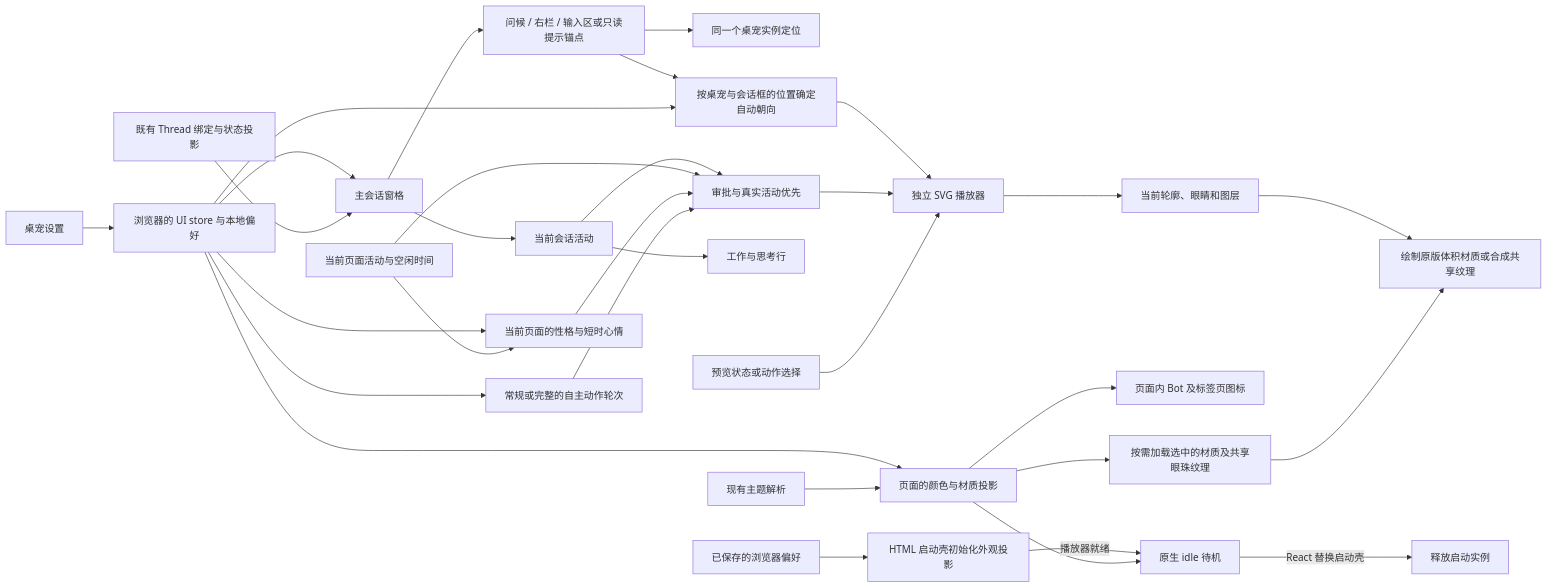
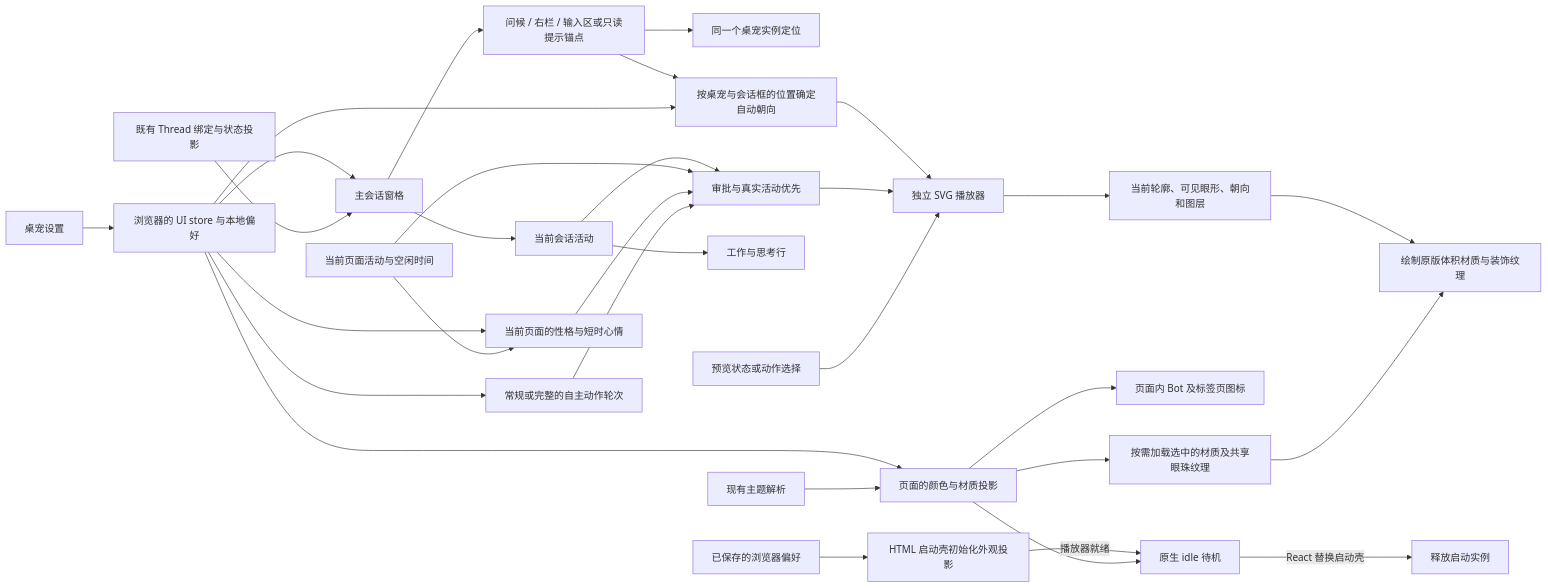
The diagram in specs/selfhost-codex/brand-and-conversation-pet.md (LiangLiang723/codex-web), drawn with Mermaid before and after one commit. The commit also changed other lines of this file and 9 other files, not shown here.

````diff
--- a/specs/selfhost-codex/brand-and-conversation-pet.md
+++ b/specs/selfhost-codex/brand-and-conversation-pet.md
@@ -33,33 +33,33 @@
 ```mermaid
 flowchart LR
   Settings[桌宠设置] --> Preference[浏览器的 UI store 与本地偏好]
   Preference --> Pane[主会话窗格]
   Preference --> Appearance[页面的颜色与材质投影]
   Appearance --> Material[按需加载选中的材质及共享眼珠纹理]
   Appearance --> Mark[页面内 Bot 及标签页图标]
   Runtime[既有 Thread 绑定与状态投影] --> Pane
   Pane --> Anchor[问候 / 右栏 / 输入区或只读提示锚点]
   Anchor --> Pet[同一个桌宠实例定位]
   Anchor --> Facing[按桌宠与会话框的位置确定自动朝向]
   Preference --> Facing
   Facing --> Player
   Pane --> Activity[当前会话活动]
   Activity --> Motion[审批与真实活动优先]
   Gesture[当前页面活动与空闲时间] --> Motion
   Motion --> Player[独立 SVG 播放器]
-  Player --> Geometry[当前轮廓、眼睛和图层]
-  Geometry --> Paint[绘制原版体积材质或合成共享纹理]
+  Player --> Geometry[当前轮廓、可见眼形、朝向和图层]
+  Geometry --> Paint[绘制原版体积材质与装饰纹理]
   Material --> Paint
   Activity --> Summary[工作与思考行]
   Preference --> Mood[当前页面的性格与短时心情]
   Gesture --> Mood
   Mood --> Motion
   Preference --> Repertoire[常规或完整的自主动作轮次]
   Repertoire --> Motion
   Preset[预览状态或动作选择] --> Player
   Theme[现有主题解析] --> Appearance
   Saved[已保存的浏览器偏好] --> Startup[HTML 启动壳初始化外观投影]
   Startup -->|播放器就绪| Loading[原生 idle 待机]
   Appearance --> Loading
   Loading -->|React 替换启动壳| Dispose[释放启动实例]
 ```
````
